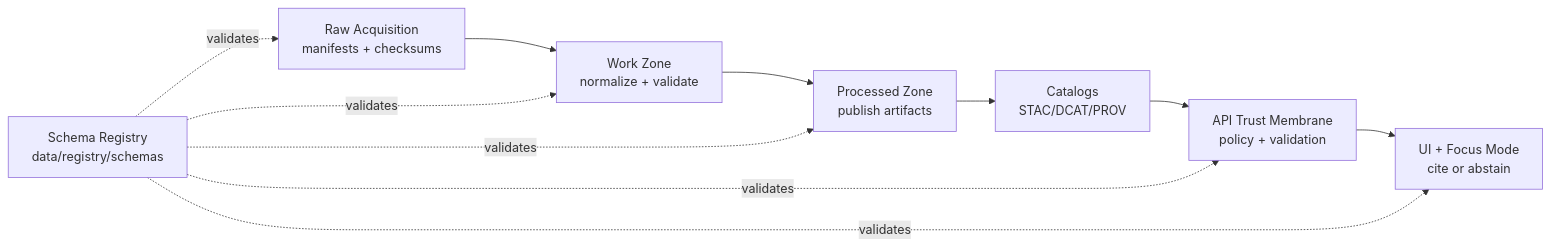
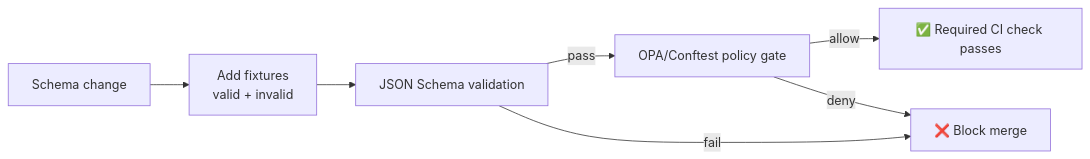
One commit to bartytime4life/Kansas-Frontier-Matrix changed the diagram in data/registry/schemas/README.md. Above: the diagram before and after it, drawn with Mermaid. The commit also changed other lines of this file, not shown here.

````diff
--- a/data/registry/schemas/README.md
+++ b/data/registry/schemas/README.md
@@ -236,14 +185,9 @@
 ```mermaid
 flowchart LR
-  A[Raw Acquisition<br/>manifests + checksums] --> B[Work Zone<br/>normalize + validate]
-  B --> C[Processed Zone<br/>publish artifacts]
-  C --> D[Catalogs<br/>STAC/DCAT/PROV]
-  D --> E[API Trust Membrane<br/>policy + validation]
-  E --> F[UI + Focus Mode<br/>cite or abstain]
-
-  S[Schema Registry<br/>data/registry/schemas] -.validates.-> A
-  S -.validates.-> B
-  S -.validates.-> C
-  S -.validates.-> E
-  S -.validates.-> F
+  A[Schema change] --> B[Add fixtures<br/>valid + invalid]
+  B --> C[JSON Schema validation]
+  C -->|pass| D[OPA/Conftest policy gate]
+  C -->|fail| X[❌ Block merge]
+  D -->|allow| E[✅ Required CI check passes]
+  D -->|deny| X
 ```
````
